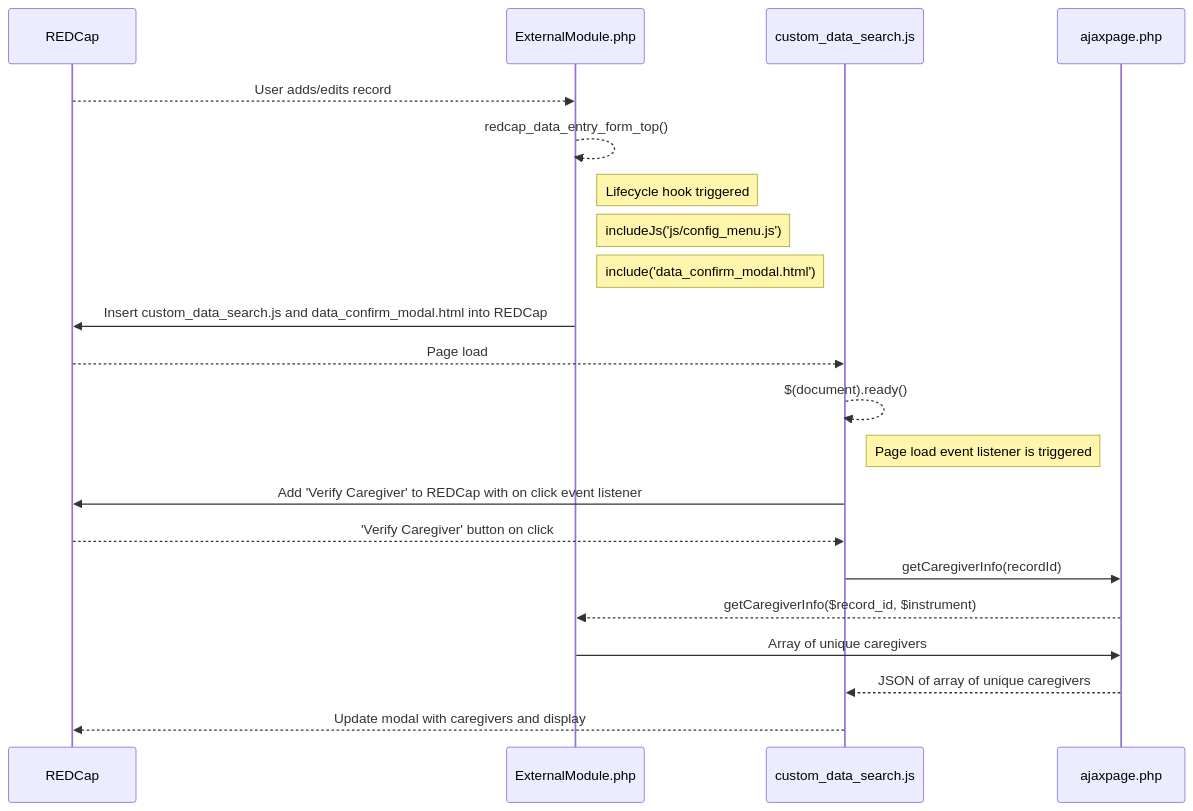
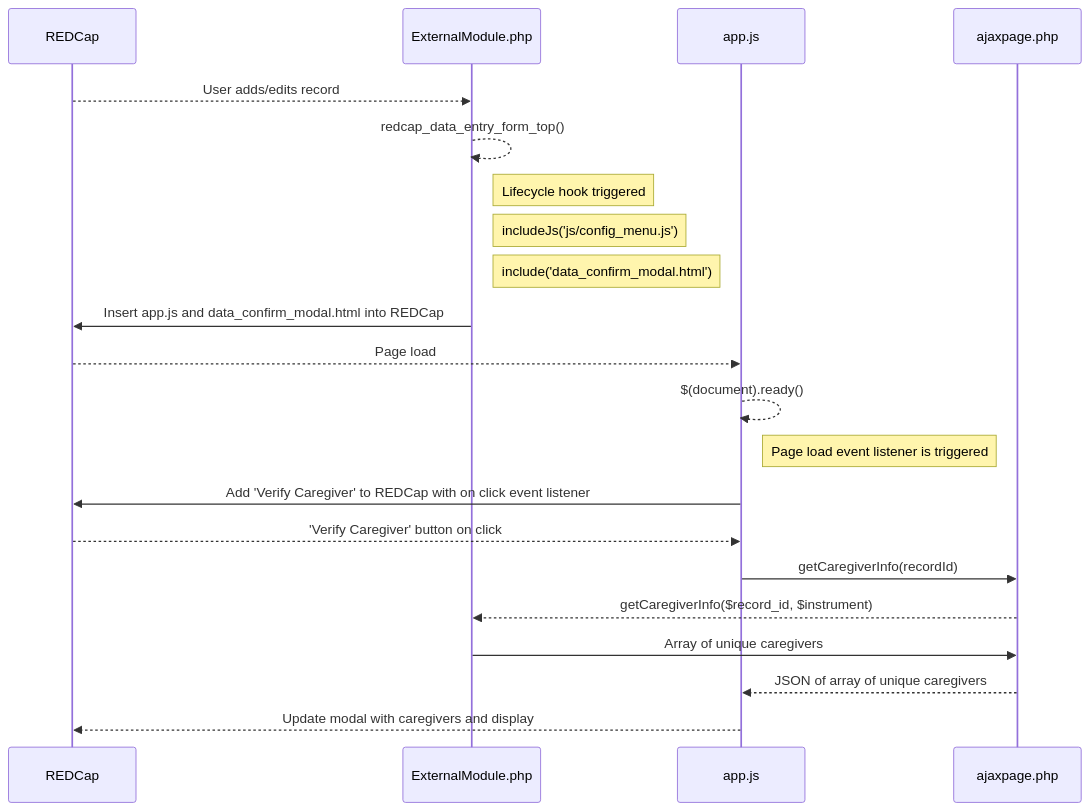
One commit to ctsit/cb1_confirm_patient_data changed the diagram in README.md. Above: the diagram before and after it, drawn with Mermaid. The commit also changed 2 other files, not shown here.

Commit message:
Rename custom_data_search.js to app.js

````diff
--- a/README.md
+++ b/README.md
@@ -30,19 +30,19 @@
 ```mermaid
     sequenceDiagram
     REDCap-->>ExternalModule.php:User adds/edits record
     ExternalModule.php-->>ExternalModule.php:redcap_data_entry_form_top()
     Note right of ExternalModule.php:Lifecycle hook triggered
     Note right of ExternalModule.php:includeJs('js/config_menu.js')
     Note right of ExternalModule.php:include('data_confirm_modal.html')
-    ExternalModule.php->>REDCap:Insert custom_data_search.js and data_confirm_modal.html into REDCap
-    REDCap-->>custom_data_search.js:Page load
-    custom_data_search.js-->>custom_data_search.js:$(document).ready()
-    Note right of custom_data_search.js:Page load event listener is triggered
-    custom_data_search.js->>REDCap:Add 'Verify Caregiver' to REDCap with on click event listener
-    REDCap-->>custom_data_search.js:'Verify Caregiver' button on click
-    custom_data_search.js->>ajaxpage.php:getCaregiverInfo(recordId)
+    ExternalModule.php->>REDCap:Insert app.js and data_confirm_modal.html into REDCap
+    REDCap-->>app.js:Page load
+    app.js-->>app.js:$(document).ready()
+    Note right of app.js:Page load event listener is triggered
+    app.js->>REDCap:Add 'Verify Caregiver' to REDCap with on click event listener
+    REDCap-->>app.js:'Verify Caregiver' button on click
+    app.js->>ajaxpage.php:getCaregiverInfo(recordId)
     ajaxpage.php-->>ExternalModule.php:getCaregiverInfo($record_id, $instrument)
     ExternalModule.php->>ajaxpage.php:Array of unique caregivers
-    ajaxpage.php-->>custom_data_search.js:JSON of array of unique caregivers
-    custom_data_search.js-->>REDCap:Update modal with caregivers and display
+    ajaxpage.php-->>app.js:JSON of array of unique caregivers
+    app.js-->>REDCap:Update modal with caregivers and display
 ```
````
